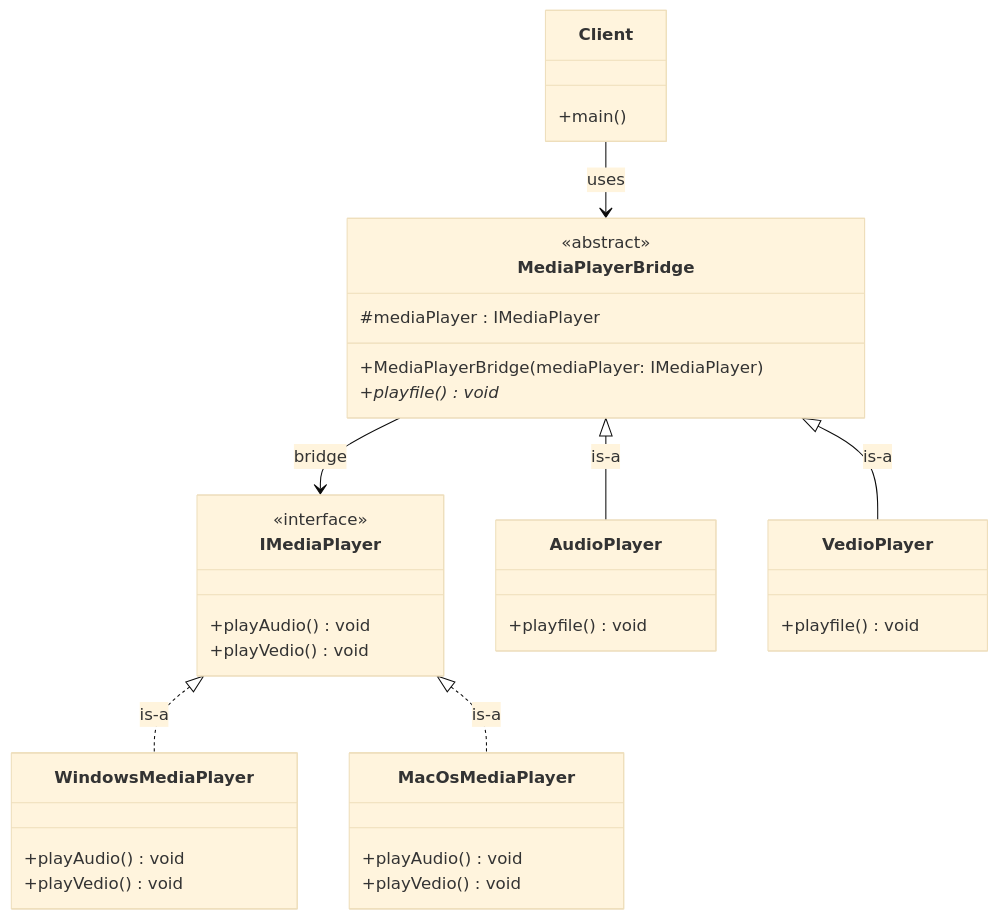
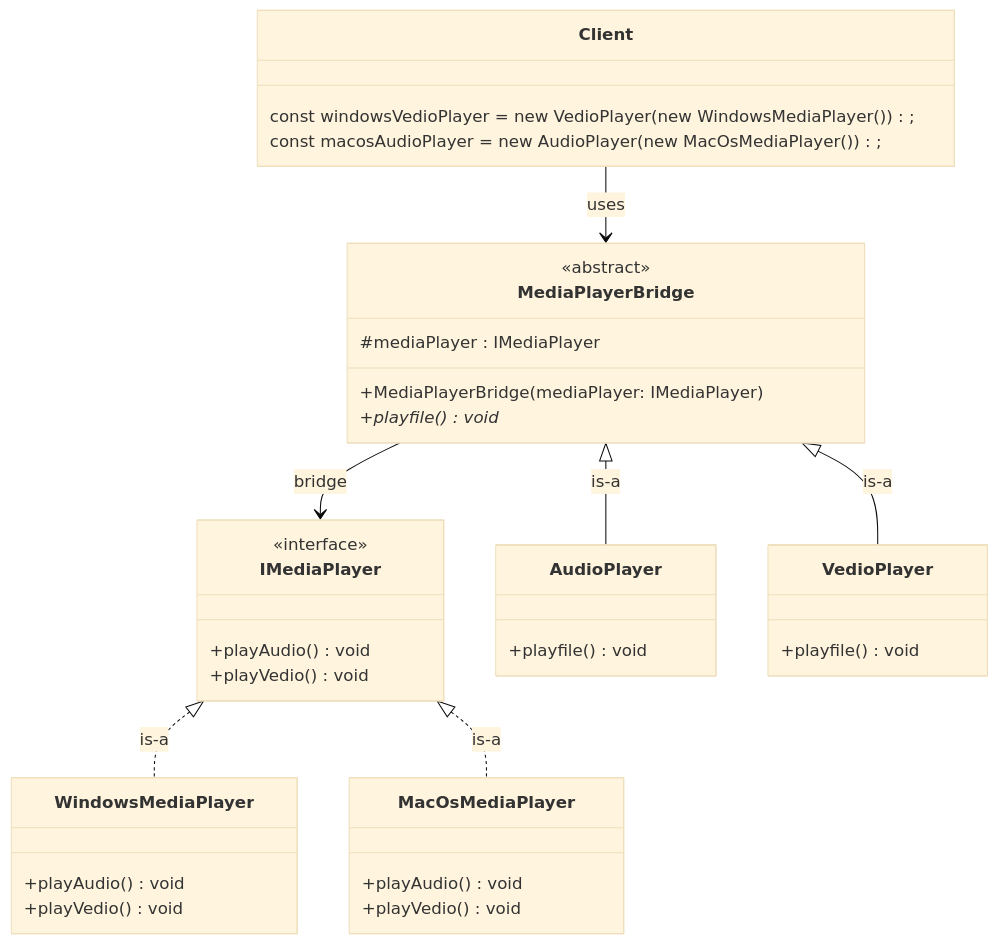
Before and after one commit to JeralSandeeptha/bridge-pattern: the diagram in README.md, drawn with Mermaid (base theme).

Commit message:
fixed README.md file

````diff
--- a/README.md
+++ b/README.md
@@ -3,48 +3,49 @@
 ```mermaid
 classDiagram
 
     class IMediaPlayer {
         <<interface>>
         +playAudio() void
         +playVedio() void
     }
 
     class MediaPlayerBridge {
         <<abstract>>
         #mediaPlayer : IMediaPlayer
         +MediaPlayerBridge(mediaPlayer: IMediaPlayer)
         +playfile() void*
     }
 
     class AudioPlayer {
         +playfile() void
     }
 
     class VedioPlayer {
         +playfile() void
     }
 
     class WindowsMediaPlayer {
         +playAudio() void
         +playVedio() void
     }
 
     class MacOsMediaPlayer {
         +playAudio() void
         +playVedio() void
     }
 
     class Client {
-        +main()
+        const windowsVedioPlayer = new VedioPlayer(new WindowsMediaPlayer());
+        const macosAudioPlayer = new AudioPlayer(new MacOsMediaPlayer());
     }
 
     IMediaPlayer <|.. WindowsMediaPlayer : is-a
     IMediaPlayer <|.. MacOsMediaPlayer : is-a
 
     MediaPlayerBridge <|-- AudioPlayer : is-a
     MediaPlayerBridge <|-- VedioPlayer : is-a
 
     MediaPlayerBridge --> IMediaPlayer : bridge
 
     Client --> MediaPlayerBridge : uses
 ```
````
